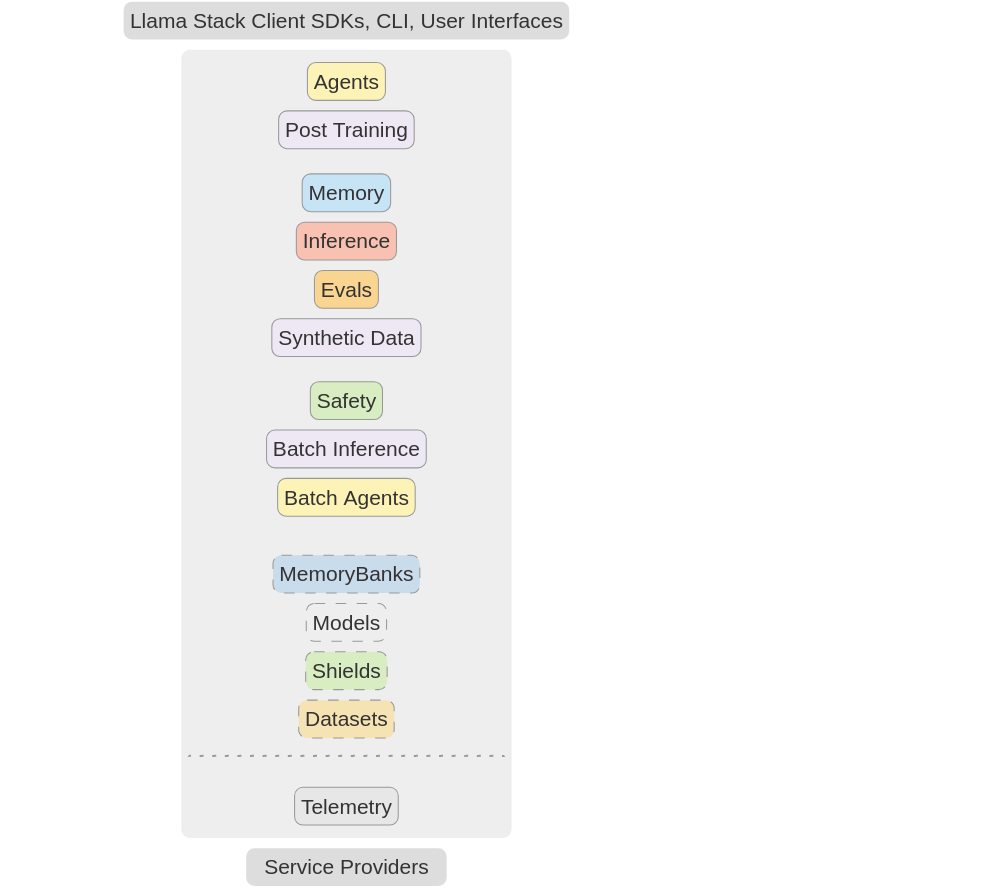
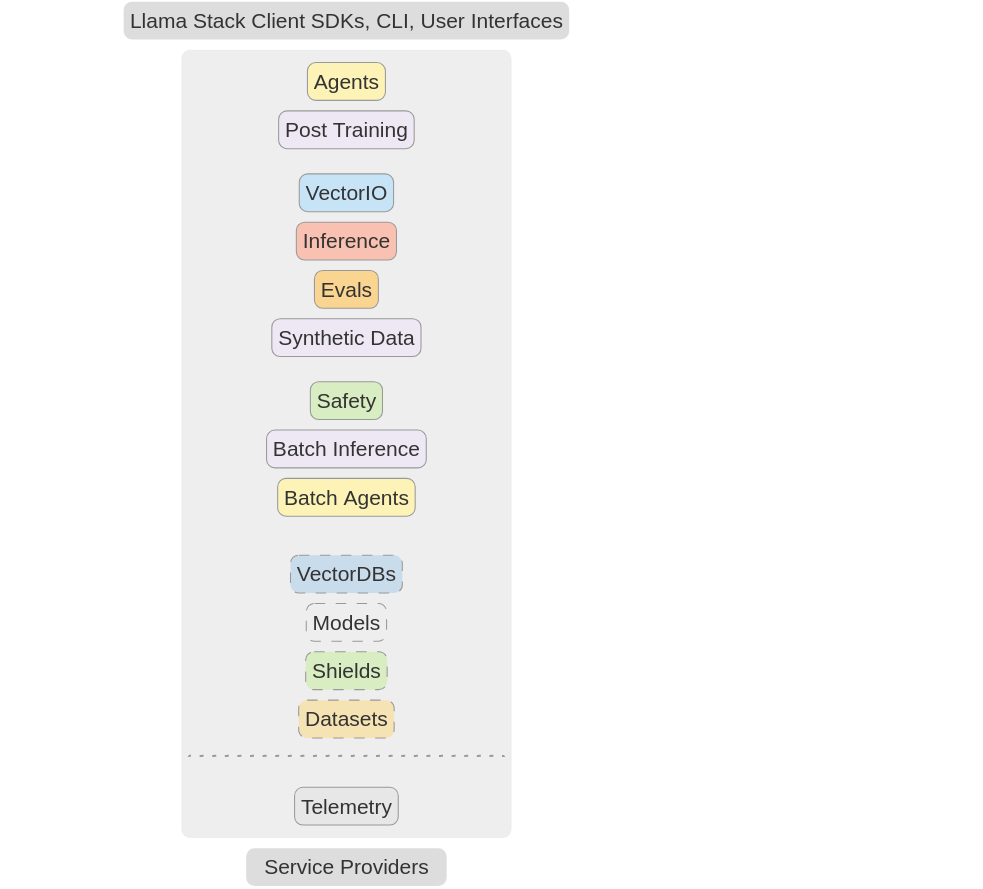
The diagram in README.md (meta-llama/llama-stack), drawn with Mermaid before and after one commit.

Commit message:
fix: VectorIO, VectorDBs in diagram
rename
Memory -> VectorIO
MemoryBanks -> VectorDBs

```diff
--- a/README.md
+++ b/README.md
@@ -125,7 +125,7 @@
 			classDef lightBlue fill:#C7E4F7,stroke:#999,stroke-width:5px,rx:40px,ry:40px
 			classDef lightRed fill:#F8C1B1,stroke:#999,stroke-width:5px,rx:40px,ry:40px
 			classDef lightOrange fill:#F9D591,stroke:#999,stroke-width:5px,rx:40px,ry:40px
-			Memory:::lightBlue
+			VectorIO:::lightBlue
 			Inference:::lightRed
 			Evals:::lightOrange
 			SyntheticData[Synthetic&nbsp;Data]:::violetBlock
@@ -148,7 +148,7 @@
 			classDef resGray fill:#EEE,stroke:#999,stroke-width:5px,rx:40px,ry:40px,stroke-dasharray:50 50
 			classDef resYellow fill:#F6E3B3,stroke:#999,stroke-width:5px,rx:40px,ry:40px,stroke-dasharray:50 50
 			classDef resGreen fill:#D8EDC1,stroke:#999,stroke-width:5px,rx:40px,ry:40px,stroke-dasharray:50 50
-			MemoryBanks:::resBlue
+			VectorDBs:::resBlue
 			Models:::resGray
 			Shields:::resGreen
 			Datasets:::resYellow
```
